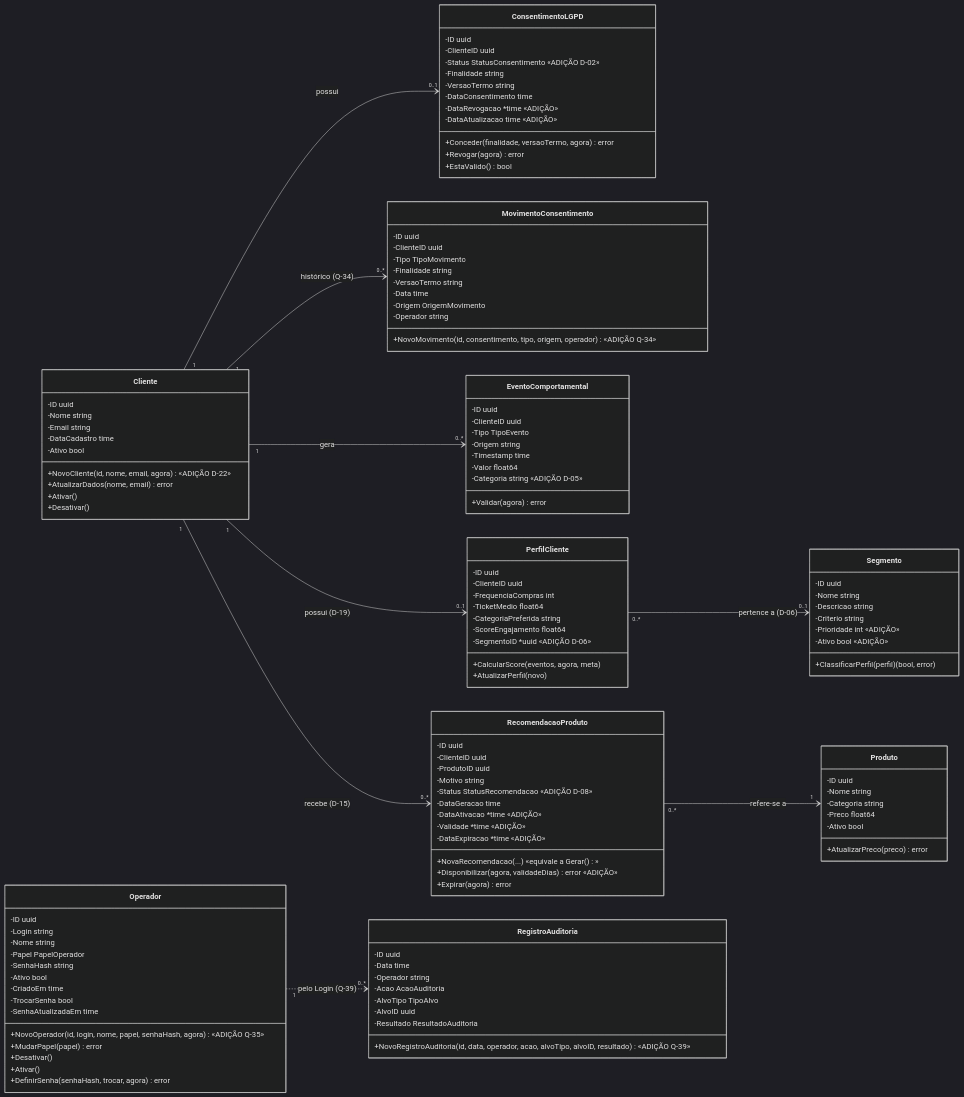
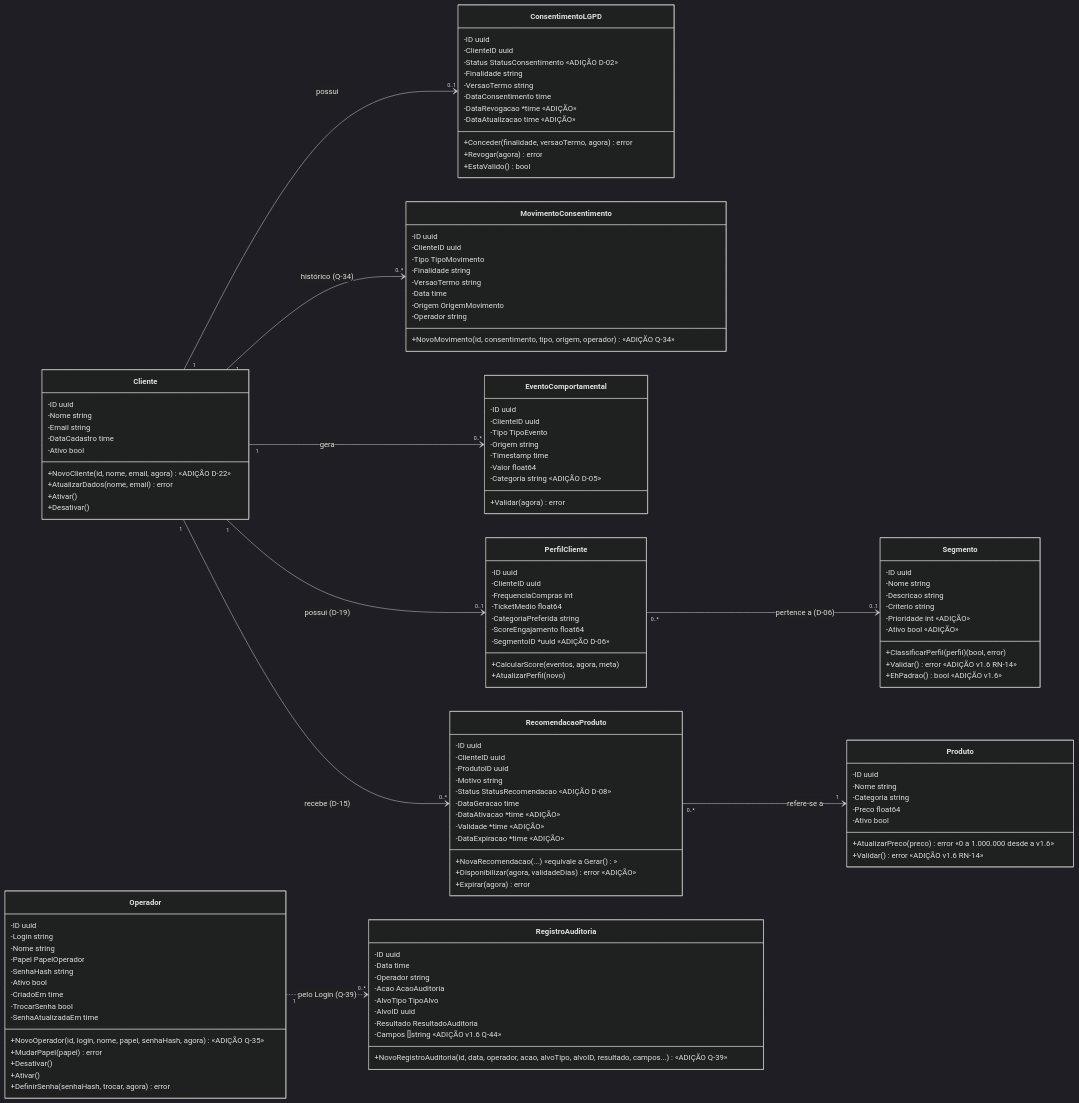
One commit to sthefanyblima/perfila changed the first of 2 diagrams in docs/uml/UML2_classes.md. Above: the diagram before and after it, drawn with Mermaid (dark theme). The commit also changed other lines of this file and 7 other files, not shown here.

```diff
--- a/docs/uml/UML2_classes.md
+++ b/docs/uml/UML2_classes.md
@@ -76,6 +76,8 @@
     -Prioridade int «ADIÇÃO»
     -Ativo bool «ADIÇÃO»
     +ClassificarPerfil(perfil) (bool, error)
+    +Validar() error «ADIÇÃO v1.6 RN-14»
+    +EhPadrao() bool «ADIÇÃO v1.6»
   }
   class RecomendacaoProduto {
     -ID uuid
@@ -97,7 +99,8 @@
     -Categoria string
     -Preco float64
     -Ativo bool
-    +AtualizarPreco(preco) error
+    +AtualizarPreco(preco) error «0 a 1.000.000 desde a v1.6»
+    +Validar() error «ADIÇÃO v1.6 RN-14»
   }
   class Operador {
     -ID uuid
@@ -123,7 +126,8 @@
     -AlvoTipo TipoAlvo
     -AlvoID uuid
     -Resultado ResultadoAuditoria
-    +NovoRegistroAuditoria(id, data, operador, acao, alvoTipo, alvoID, resultado) «ADIÇÃO Q-39»
+    -Campos []string «ADIÇÃO v1.6 Q-44»
+    +NovoRegistroAuditoria(id, data, operador, acao, alvoTipo, alvoID, resultado, campos...) «ADIÇÃO Q-39»
   }
 
   Cliente "1" --> "0..1" ConsentimentoLGPD : possui
```
